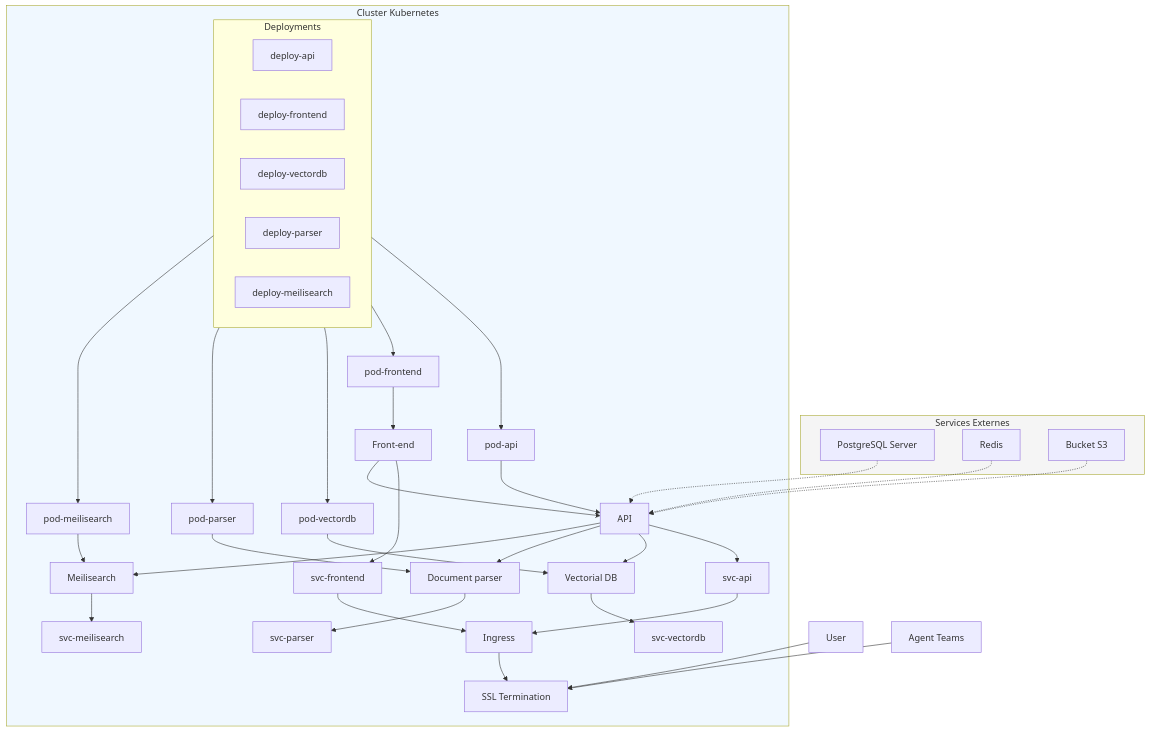
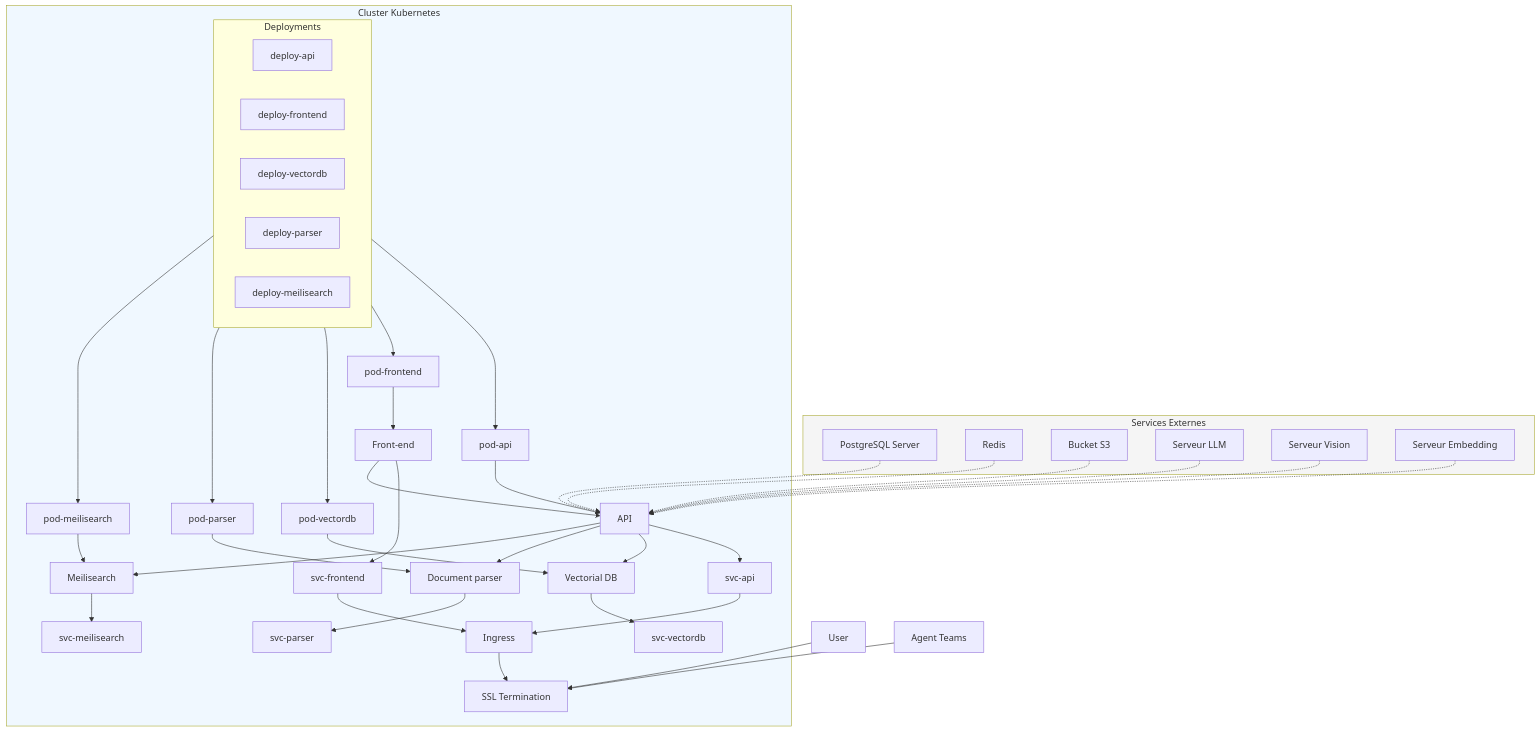
The first of 2 diagrams in on-prem/README.md (Scriptor-Group/documentation), drawn with Mermaid before and after one commit.

````diff
--- a/on-prem/README.md
+++ b/on-prem/README.md
@@ -23,8 +23,10 @@
         PS[PostgreSQL Server]
         RD[Redis]
         S3[Bucket S3]
+        LLM[Serveur LLM]
+        VS[Serveur Vision]
+        ES[Serveur Embedding]
     end
-
     %% Kubernetes Components
     subgraph Kubernetes["Cluster Kubernetes"]
         %% Deployments rangés horizontalement
@@ -36,82 +38,71 @@
             D4[deploy-parser]
             D5[deploy-meilisearch]
         end
-
         %% Pods alignés avec leurs deployments
         P1[pod-api]
         P2[pod-frontend]
         P3[pod-vectordb]
         P4[pod-parser]
         P5[pod-meilisearch]
-
         %% Applications
         API[API]
         FE[Front-end]
         VDB[Vectorial DB]
         DP[Document parser]
         MS[Meilisearch]
-
         %% Services
         SVC1[svc-api]
         SVC2[svc-frontend]
         SVC3[svc-vectordb]
         SVC4[svc-parser]
         SVC5[svc-meilisearch]
-
         %% Ingress et SSL
         ING[Ingress]
         SSL[SSL Termination]
     end
-
     %% Users à droite
     U[User]
     AT[Agent Teams]
-
     %% Connexions verticales pour deployments et pods
     D1 --> P1
     D2 --> P2
     D3 --> P3
     D4 --> P4
     D5 --> P5
-
     %% Connexions pods vers applications
     P1 --> API
     P2 --> FE
     P3 --> VDB
     P4 --> DP
     P5 --> MS
-
     %% Connexions applications vers services
     API --> SVC1
     FE --> SVC2
     VDB --> SVC3
     DP --> SVC4
     MS --> SVC5
-
     %% Connexions vers Ingress
     SVC1 --> ING
     SVC2 --> ING
     ING --> SSL
-
     %% Connexions externes vers API
     PS -.-> API
     RD -.-> API
     S3 -.-> API
-
+    LLM -.-> API
+    VS -.-> API
+    ES -.-> API
     %% Connexions inter-services
     API --> VDB
     API --> DP
     API --> MS
     FE --> API
-
     %% Connexions utilisateurs
     U --> SSL
     AT --> SSL
-
     %% Styles
     style External fill:#f5f5f5
     style Kubernetes fill:#f0f8ff
-
     %% Direction générale du graphe
     direction TB
 ```
````
